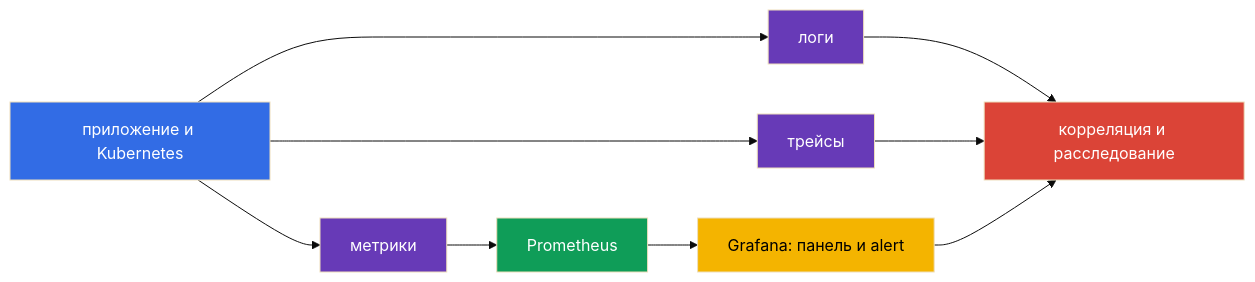
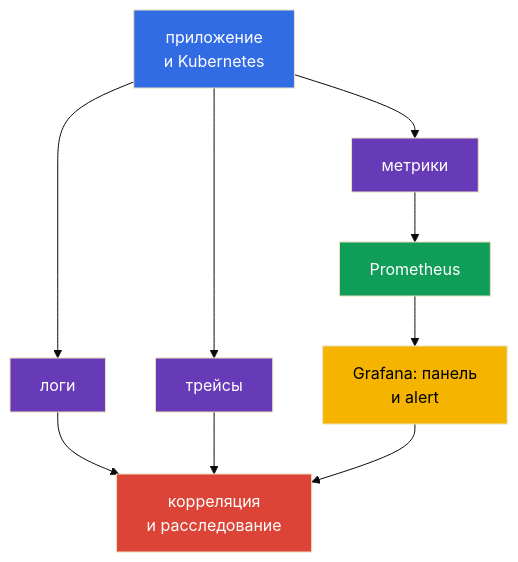
The first of 3 diagrams in tasks/kcsa/course/18/ru.md (ViktorUJ/cks), drawn with Mermaid (base theme) before and after one commit. The commit also changed other lines of this file and 60 other files, not shown here.

````diff
--- a/tasks/kcsa/course/18/ru.md
+++ b/tasks/kcsa/course/18/ru.md
@@ -19,18 +19,18 @@
 ```mermaid
-flowchart LR
-    app["приложение и Kubernetes"] --> logs["логи"]
+flowchart TB
+    app["приложение<br/>и Kubernetes"] --> logs["логи"]
     app --> metrics["метрики"]
     app --> traces["трейсы"]
     metrics --> prom["Prometheus"]
-    prom --> grafana["Grafana: панель и alert"]
-    logs --> investigate["корреляция и расследование"]
+    prom --> grafana["Grafana: панель<br/>и alert"]
+    logs --> investigate["корреляция<br/>и расследование"]
     traces --> investigate
     grafana --> investigate
     style app fill:#326ce5,color:#fff
     style logs fill:#673ab7,color:#fff
     style metrics fill:#673ab7,color:#fff
     style traces fill:#673ab7,color:#fff
     style prom fill:#0f9d58,color:#fff
     style grafana fill:#f4b400,color:#000
     style investigate fill:#db4437,color:#fff
 ```
````
